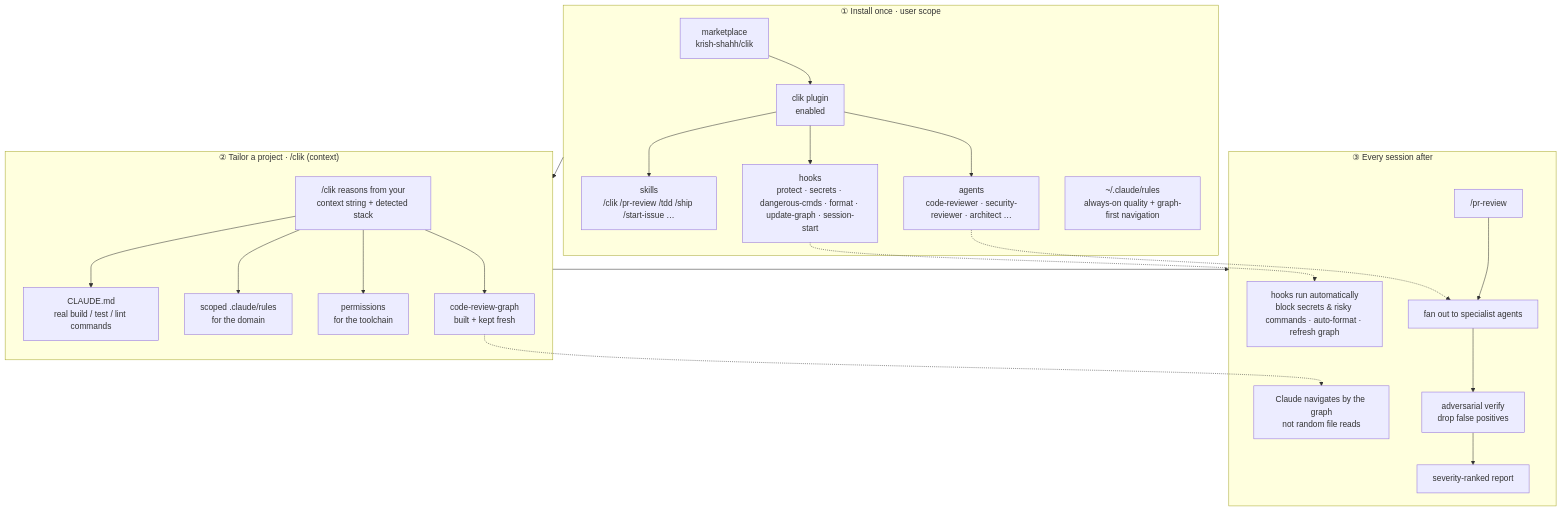
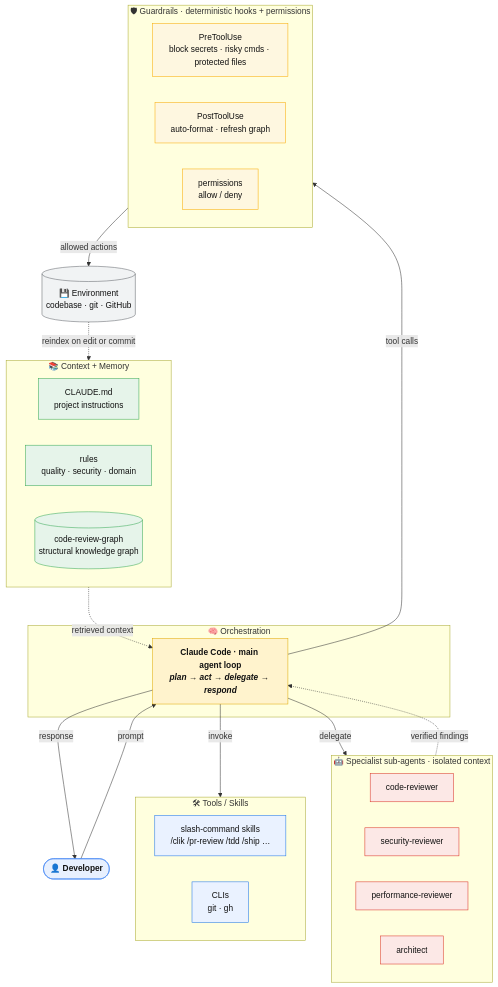
Before and after one commit to krish-shahh/clik: the diagram in README.md, drawn with Mermaid. The commit also changed other lines of this file, not shown here.

Commit message:
docs: redraw README diagram as an agentic-system-design architecture
Orchestrator · context/memory · tools/skills · specialist sub-agents ·
guardrails · environment, as styled layers with a closed feedback loop
(graph reindex). Replaces the workflow flowchart with the canonical
control-stack view.

````diff
--- a/README.md
+++ b/README.md
@@ -157,31 +159,56 @@
 ```mermaid
-flowchart TD
-    subgraph G["① Install once · user scope"]
-        M["marketplace<br/>krish-shahh/clik"] --> P["clik plugin<br/>enabled"]
-        P --> S["skills<br/>/clik /pr-review /tdd /ship /start-issue …"]
-        P --> A["agents<br/>code-reviewer · security-reviewer · architect …"]
-        P --> H["hooks<br/>protect · secrets · dangerous-cmds · format · update-graph · session-start"]
-        R["~/.claude/rules<br/>always-on quality + graph-first navigation"]
+flowchart TB
+    U(["👤 Developer"]):::user
+
+    subgraph ORCH["🧠 Orchestration"]
+        A["Claude Code · main agent loop<br/><i>plan → act → delegate → respond</i>"]:::orch
     end
 
-    subgraph T["② Tailor a project · /clik (context)"]
-        C["/clik reasons from your<br/>context string + detected stack"]
-        C --> CM["CLAUDE.md<br/>real build / test / lint commands"]
-        C --> CR["scoped .claude/rules<br/>for the domain"]
-        C --> PE["permissions<br/>for the toolchain"]
-        C --> CG["code-review-graph<br/>built + kept fresh"]
+    subgraph KNOW["📚 Context + Memory"]
+        direction LR
+        CM["CLAUDE.md<br/>project instructions"]:::mem
+        RL["rules<br/>quality · security · domain"]:::mem
+        KG[("code-review-graph<br/>structural knowledge graph")]:::mem
     end
 
-    subgraph W["③ Every session after"]
-        WK["hooks run automatically<br/>block secrets & risky commands · auto-format · refresh graph"]
-        NV["Claude navigates by the graph<br/>not random file reads"]
-        RV["/pr-review"] --> FN["fan out to specialist agents"]
-        FN --> VF["adversarial verify<br/>drop false positives"]
-        VF --> RP["severity-ranked report"]
+    subgraph TOOLS["🛠 Tools / Skills"]
+        direction LR
+        SK["slash-command skills<br/>/clik /pr-review /tdd /ship …"]:::tool
+        CLI["CLIs<br/>git · gh"]:::tool
     end
 
-    G --> T --> W
-    H -.-> WK
-    CG -.-> NV
-    A -.-> FN
+    subgraph AGENTS["🤖 Specialist sub-agents · isolated context"]
+        direction LR
+        CR["code-reviewer"]:::agent
+        SR["security-reviewer"]:::agent
+        PRf["performance-reviewer"]:::agent
+        AR["architect"]:::agent
+    end
+
+    subgraph GUARD["🛡 Guardrails · deterministic hooks + permissions"]
+        direction LR
+        PRE["PreToolUse<br/>block secrets · risky cmds · protected files"]:::guard
+        POST["PostToolUse<br/>auto-format · refresh graph"]:::guard
+        PERM["permissions<br/>allow / deny"]:::guard
+    end
+
+    ENV[("💾 Environment<br/>codebase · git · GitHub")]:::env
+
+    U -->|prompt| A
+    KNOW -. retrieved context .-> A
+    A -->|invoke| TOOLS
+    A -->|delegate| AGENTS
+    AGENTS -. verified findings .-> A
+    A -->|tool calls| GUARD
+    GUARD -->|allowed actions| ENV
+    ENV -. reindex on edit or commit .-> KG
+    A -->|response| U
+
+    classDef user fill:#e8f0fe,stroke:#4285f4,color:#111,font-weight:bold;
+    classDef orch fill:#fff3cd,stroke:#e0a800,color:#111,font-weight:bold;
+    classDef mem fill:#e6f4ea,stroke:#34a853,color:#111;
+    classDef tool fill:#eaf2ff,stroke:#1a73e8,color:#111;
+    classDef agent fill:#fce8e6,stroke:#d93025,color:#111;
+    classDef guard fill:#fef7e0,stroke:#f9ab00,color:#111;
+    classDef env fill:#f1f3f4,stroke:#5f6368,color:#111;
 ```
````
